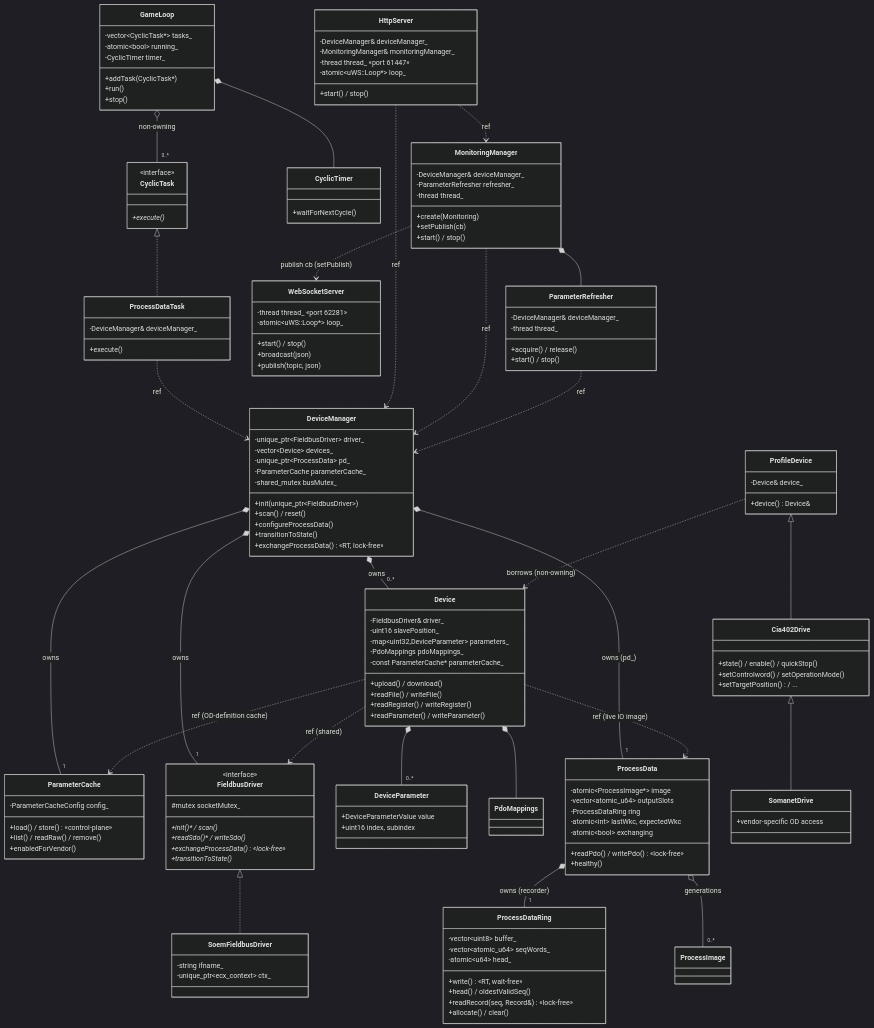
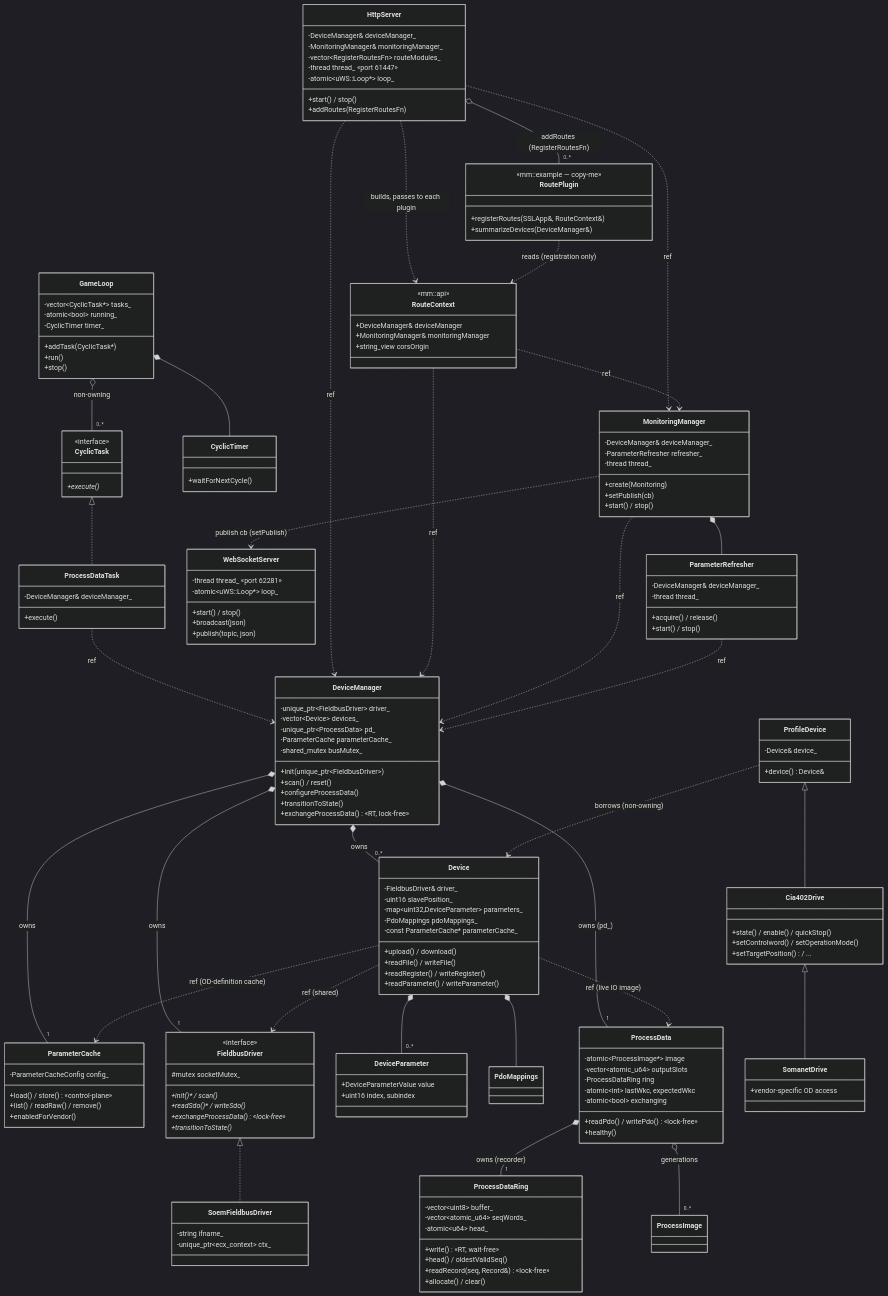
One commit to synapticon/motion-master changed the diagram in docs/CLASS_DIAGRAM.md. Above: the diagram before and after it, drawn with Mermaid (dark theme). The commit also changed other lines of this file and 2 other files, not shown here.

First line of the commit message:
docs: add route-plugin seam to class diagram + clarify plug-in threads

```diff
--- a/docs/CLASS_DIAGRAM.md
+++ b/docs/CLASS_DIAGRAM.md
@@ -33,10 +33,23 @@
     }
     class HttpServer {
         +start() / stop()
+        +addRoutes(RegisterRoutesFn)
         -DeviceManager& deviceManager_
         -MonitoringManager& monitoringManager_
+        -vector~RegisterRoutesFn~ routeModules_
         -thread thread_ «port 61447»
         -atomic~uWS::Loop*~ loop_
+    }
+    class RouteContext {
+        <<mm::api>>
+        +DeviceManager& deviceManager
+        +MonitoringManager& monitoringManager
+        +string_view corsOrigin
+    }
+    class RoutePlugin {
+        <<mm::example — copy-me>>
+        +registerRoutes(SSLApp&, RouteContext&)
+        +summarizeDevices(DeviceManager&)
     }
     class WebSocketServer {
         +start() / stop()
@@ -147,6 +160,11 @@
     ProcessDataTask ..> DeviceManager : ref
     HttpServer ..> DeviceManager : ref
     HttpServer ..> MonitoringManager : ref
+    HttpServer o-- "0..*" RoutePlugin : addRoutes (RegisterRoutesFn)
+    HttpServer ..> RouteContext : builds, passes to each plugin
+    RouteContext ..> DeviceManager : ref
+    RouteContext ..> MonitoringManager : ref
+    RoutePlugin ..> RouteContext : reads (registration only)
     MonitoringManager ..> DeviceManager : ref
     MonitoringManager ..> WebSocketServer : publish cb (setPublish)
     MonitoringManager *-- ParameterRefresher
```
